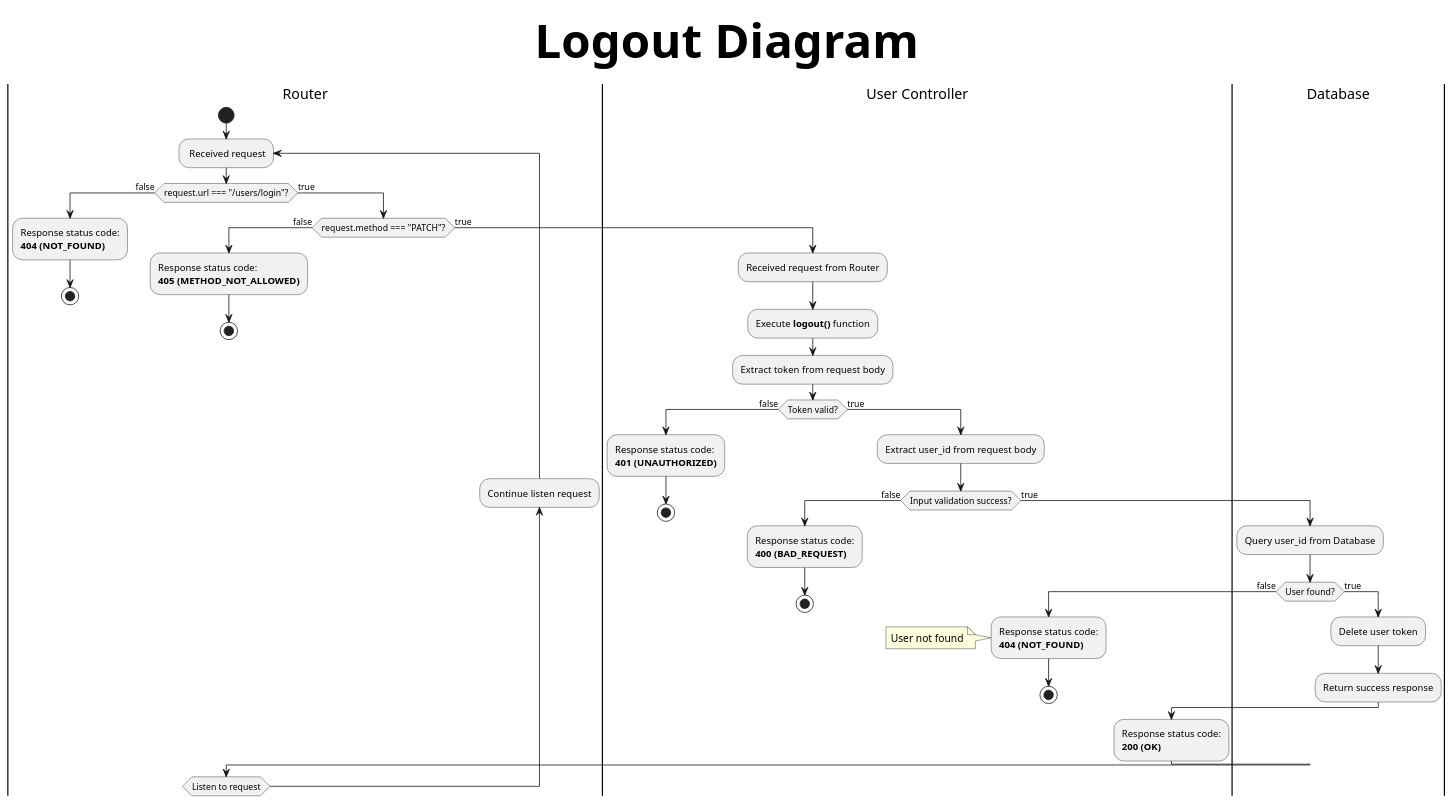
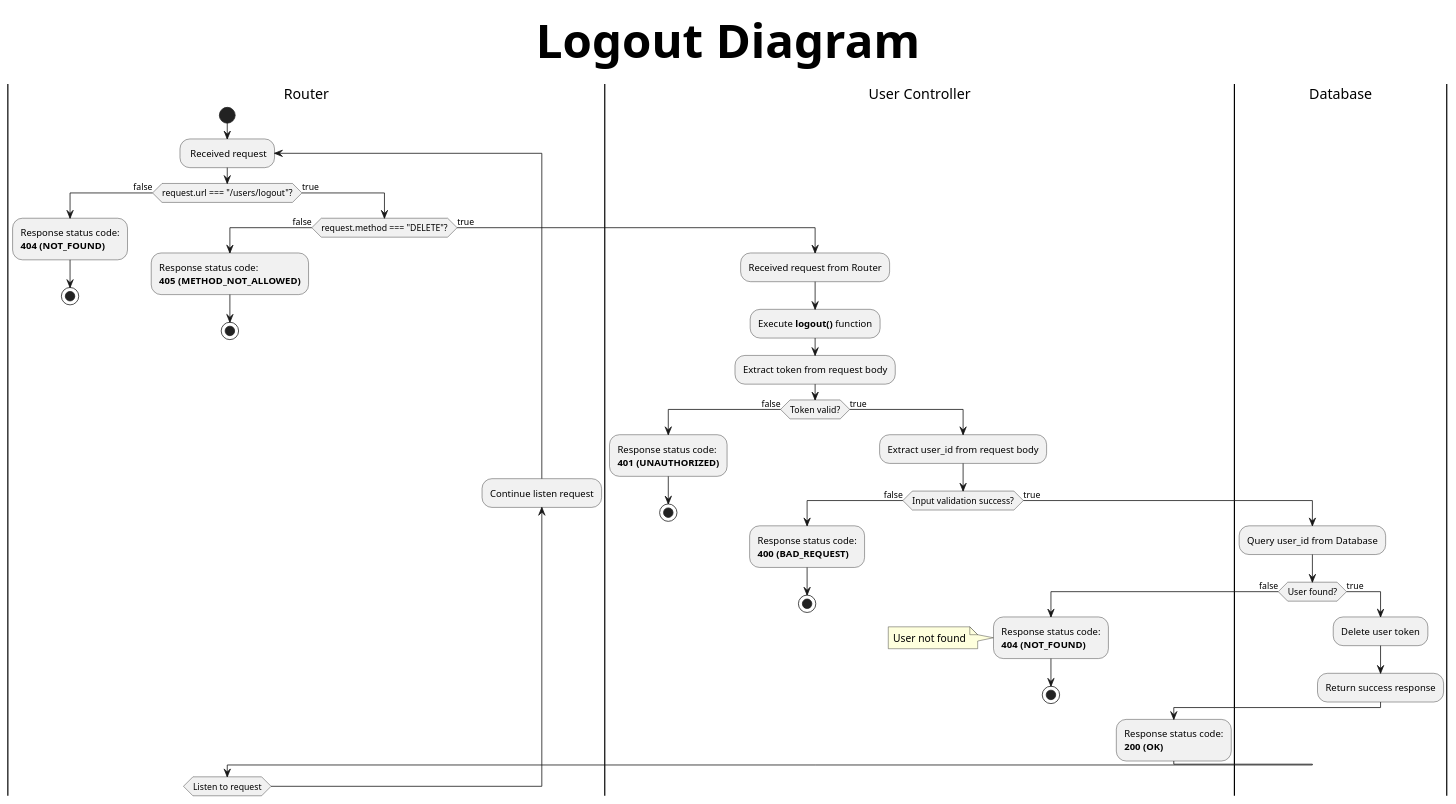
Before and after one commit to DoanLe2k1/TodoApp-API: the diagram in diagrams/userDiagrams/logoutDiagram.pu, drawn with PlantUML. The commit also changed 14 other files, not shown here.

```diff
--- a/diagrams/userDiagrams/logoutDiagram.pu
+++ b/diagrams/userDiagrams/logoutDiagram.pu
@@ -1,65 +1,65 @@
 @startuml
 title Logout Diagram
 skinparam titleFontSize 60
 |Router|
 start
 repeat: Received request
-if (request.url === "/users/login"?) then (false)
+if (request.url === "/users/logout"?) then (false)
 :Response status code:
 **404 (NOT_FOUND)**;
 stop
 
 else (true)
-if (request.method === "PATCH"?) then (false)
+if (request.method === "DELETE"?) then (false)
 :Response status code:
 **405 (METHOD_NOT_ALLOWED)**;
 stop
 
 else (true)
 |User Controller|
 :Received request from Router;
 :Execute **logout()** function;
 :Extract token from request body;
 if (Token valid?) then (false)
     :Response status code:
     **401 (UNAUTHORIZED)**;
     stop
     
 else (true)
     :Extract user_id from request body;
 
     if (Input validation success?) then (false)
         :Response status code:
         **400 (BAD_REQUEST)**;
         'Validation failed
         stop
 
     else (true)
         |Database|
         :Query user_id from Database;
 
         if (User found?) then (false)
             |User Controller|
             :Response status code:
             **404 (NOT_FOUND)**;
             note left: User not found
             stop
 
         else (true)
             |Database|
             :Delete user token;
             :Return success response;
 
             |User Controller|
             :Response status code:
             **200 (OK)**;
         endif
     endif
 endif
 endif
 endif
 
 |Router|
 backward:Continue listen request;
 repeat while (Listen to request)
 @enduml
```
